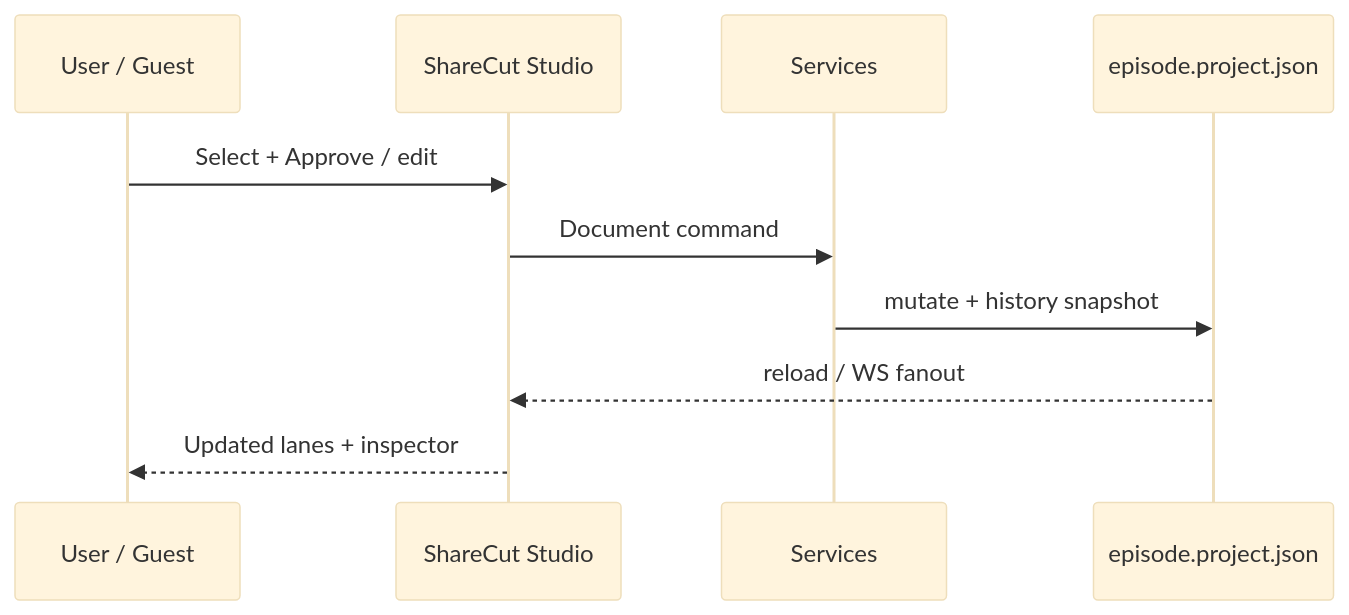
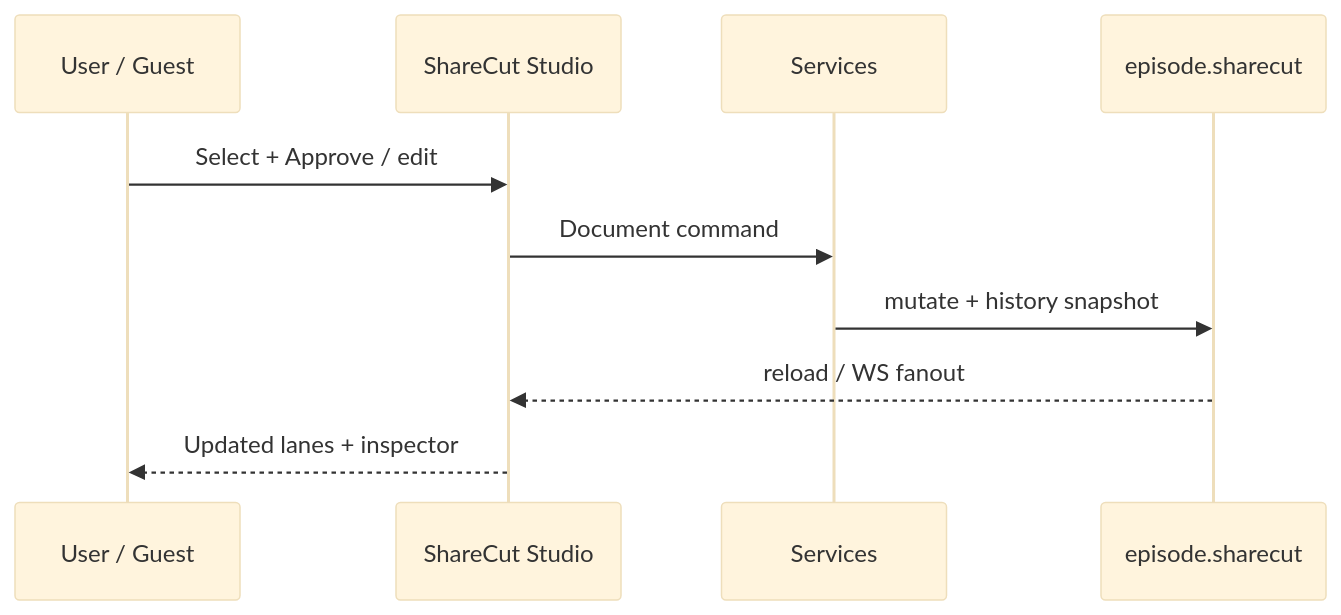
Before and after one commit to calebn/sharecut-studio: the second of 2 diagrams in ux/pages/domain-glossary.md, drawn with Mermaid (base theme). The commit also changed other lines of this file and 259 other files, not shown here.

First line of the commit message:
feat(project)!: name the project entry file episode.sharecut

````diff
--- a/ux/pages/domain-glossary.md
+++ b/ux/pages/domain-glossary.md
@@ -257,12 +257,12 @@
 ```mermaid
 sequenceDiagram
   participant U as User / Guest
   participant UI as ShareCut Studio
   participant S as Services
-  participant P as episode.project.json
+  participant P as episode.sharecut
   U->>UI: Select + Approve / edit
   UI->>S: Document command
   S->>P: mutate + history snapshot
   P-->>UI: reload / WS fanout
   UI-->>U: Updated lanes + inspector
 ```
````
